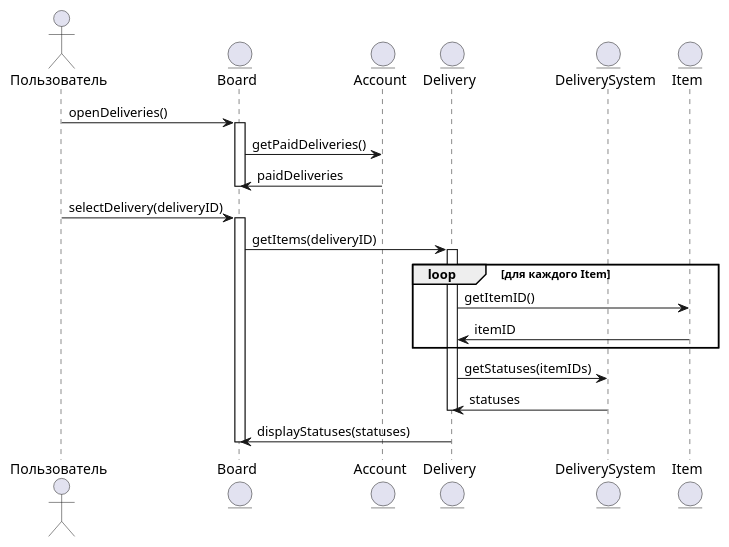
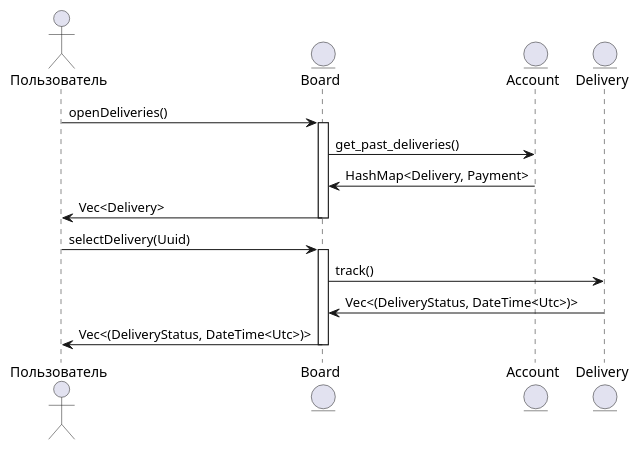
The diagram in Диаграмма последовательности Отслеживание доставки.md (penamarth/bsbo-01-22_team1_var13), drawn with PlantUML before and after one commit. The commit also changed other lines of this file and 2 other files, not shown here.

Commit message:
fix: Tweak `Диаграмма последовательности Отслеживание доставки.md`

````diff
--- a/Диаграмма последовательности Отслеживание доставки.md
+++ b/Диаграмма последовательности Отслеживание доставки.md
@@ -2,36 +1,24 @@
 ```plantuml
 @startuml
 
 actor Пользователь
 entity Board
 entity Account
 entity Delivery
-entity DeliverySystem
-entity Item
 
 Пользователь -> Board : openDeliveries()
 activate Board
-Board -> Account : getPaidDeliveries()
-Account -> Board : paidDeliveries
+Board -> Account : get_past_deliveries()
+Board <- Account : HashMap<Delivery, Payment>
+Пользователь <- Board : Vec<Delivery>
 deactivate Board
 
-Пользователь -> Board : selectDelivery(deliveryID)
+Пользователь -> Board : selectDelivery(Uuid)
 activate Board
-Board -> Delivery : getItems(deliveryID)
-
-activate Delivery
-loop для каждого Item
-Delivery -> Item : getItemID()
-Item -> Delivery : itemID
-end
-
-DeliverySystem <- Delivery : getStatuses(itemIDs)
-Delivery <- DeliverySystem : statuses
-deactivate DeliverySystem
-deactivate Delivery
-
-Delivery -> Board : displayStatuses(statuses)
+Board -> Delivery : track()
+Board <- Delivery : Vec<(DeliveryStatus, DateTime<Utc>)>
+Пользователь <- Board : Vec<(DeliveryStatus, DateTime<Utc>)>
 deactivate Board
 
 @enduml
 ```
````
